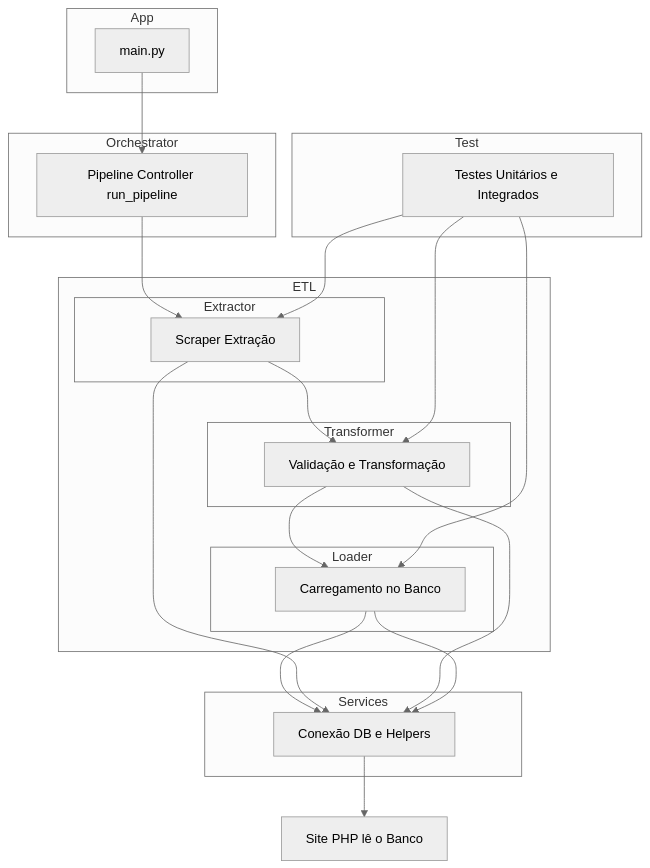
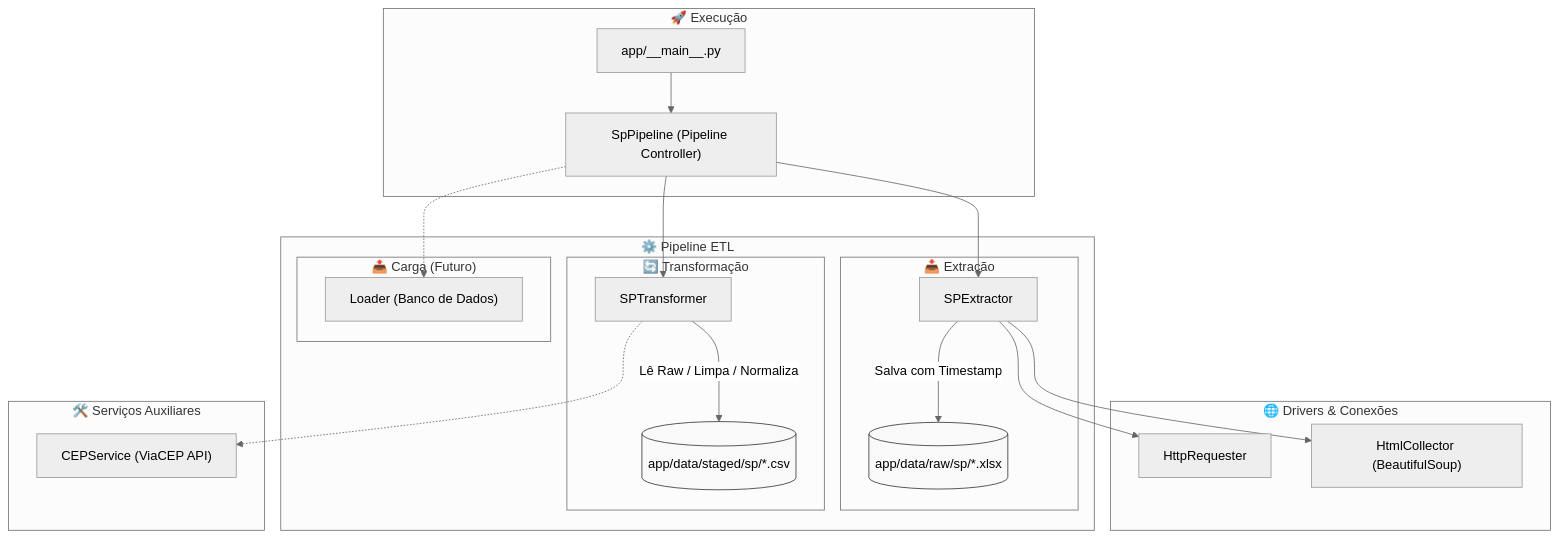
The diagram in README.md (Otavio-Cipriano/feiras-etl), drawn with Mermaid (neutral theme) before and after one commit. The commit also changed other lines of this file, not shown here.

````diff
--- a/README.md
+++ b/README.md
@@ -2,47 +21,40 @@
 ```mermaid
 flowchart TD
-    subgraph ETL
-        subgraph Extractor
-            EX[Scraper Extração]
+    subgraph Execucao["🚀 Execução"]
+        MAIN["app/__main__.py"] --> ORCH["SpPipeline (Pipeline Controller)"]
+    end
+
+    subgraph Drivers["🌐 Drivers & Conexões"]
+        HTTP["HttpRequester"]
+        HTML["HtmlCollector (BeautifulSoup)"]
+    end
+
+    subgraph ETL["⚙️ Pipeline ETL"]
+        subgraph Extract["📥 Extração"]
+            EX["SPExtractor"] -->|"Salva com Timestamp"| RAW[("app/data/raw/sp/*.xlsx")]
         end
-        subgraph Transformer
-            TR[Validação e Transformação]
+
+        subgraph Transform["🔄 Transformação"]
+            TR["SPTransformer"] -->|"Lê Raw / Limpa / Normaliza"| STAGED[("app/data/staged/sp/*.csv")]
         end
-        subgraph Loader
-            LD[Carregamento no Banco]
+
+        subgraph Load["📤 Carga (Futuro)"]
+            LD["Loader (Banco de Dados)"]
         end
     end
 
-    subgraph Services
-        DB[Conexão DB e Helpers]
+    subgraph Services["🛠️ Serviços Auxiliares"]
+        CEP["CEPService (ViaCEP API)"]
     end
 
-    subgraph Orchestrator
-        ORCH[Pipeline Controller run_pipeline]
-    end
+    %% Relações do fluxo
+    ORCH --> EX
+    EX --> HTTP
+    EX --> HTML
+    ORCH --> TR
+    TR -.-> CEP
+    ORCH -.-> LD
 
-    subgraph App
-        MAIN[main.py]
-    end
-
-    subgraph Test
-        TEST[Testes Unitários e Integrados]
-    end
-
-    %% Fluxo de dados
-    MAIN --> ORCH
-    ORCH --> EX
-    EX --> TR
-    TR --> LD
-    LD --> DB
-    DB --> Site[Site PHP lê o Banco]
-    
-    %% Conexões de apoio
-    EX --> DB
-    TR --> DB
-    LD --> DB
-    TEST --> EX
-    TEST --> TR
-    TEST --> LD
-
+    classDef stage fill:#f9f9f9,stroke:#333,stroke-width:1px;
+    class RAW,STAGED stage;
 ```
````
